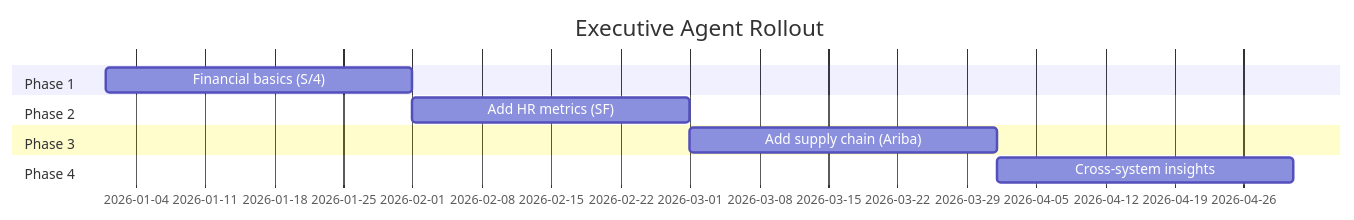
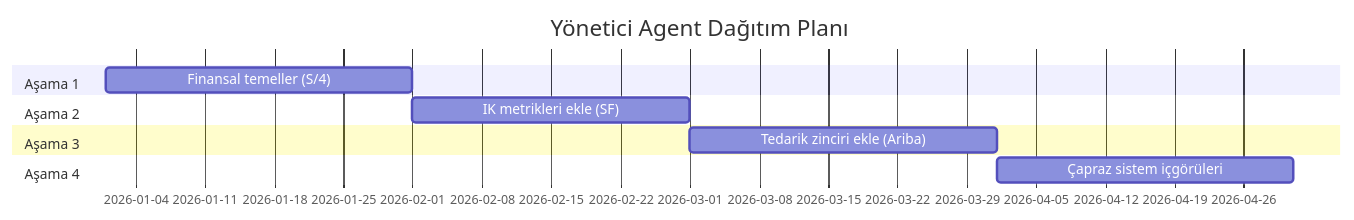
Before and after one commit to beyhanmeyrali/sap-all: the seventh of 7 diagrams in Technical Tutorials/BTP/TR/chapters/14-c-level-agents.md, drawn with Mermaid. The commit also changed other lines of this file and 11 other files, not shown here.

````diff
--- a/Technical Tutorials/BTP/TR/chapters/14-c-level-agents.md
+++ b/Technical Tutorials/BTP/TR/chapters/14-c-level-agents.md
@@ -370,13 +373,13 @@
 ```mermaid
 gantt
-    title Executive Agent Rollout
+    title Yönetici Agent Dağıtım Planı
     dateFormat  YYYY-MM
-    section Phase 1
-    Financial basics (S/4)     :2026-01, 1M
-    section Phase 2
-    Add HR metrics (SF)        :2026-02, 1M
-    section Phase 3
-    Add supply chain (Ariba)   :2026-03, 1M
-    section Phase 4
-    Cross-system insights      :2026-04, 1M
+    section Aşama 1
+    Finansal temeller (S/4)     :2026-01, 1M
+    section Aşama 2
+    IK metrikleri ekle (SF)        :2026-02, 1M
+    section Aşama 3
+    Tedarik zinciri ekle (Ariba)   :2026-03, 1M
+    section Aşama 4
+    Çapraz sistem içgörüleri      :2026-04, 1M
 ```
````
